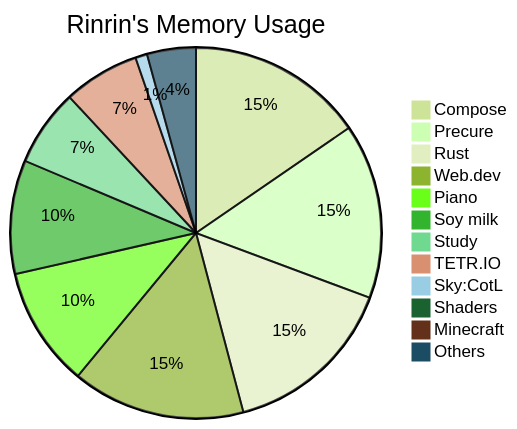
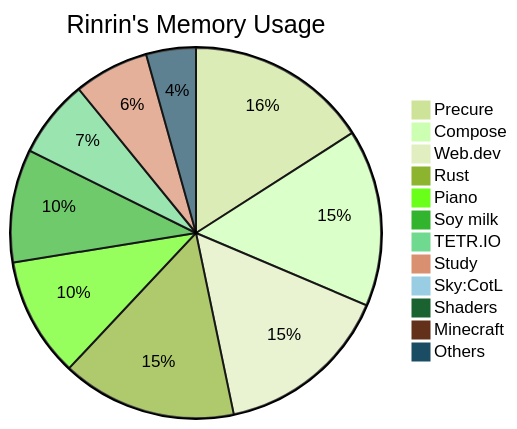
The diagram in README.md (Rinrin0413/Rinrin0413), drawn with Mermaid (forest theme) before and after one commit.

Commit message:
🛠 Update: Rinrin's Memory Usage

````diff
--- a/README.md
+++ b/README.md
@@ -77,15 +77,15 @@
 ```mermaid
 pie title Rinrin's Memory Usage
-    "Compose": 583
-    "Precure": 577
-    "Rust": 575
-    "Web.dev": 571
-    "Piano": 395
-    "Soy milk": 375
-    "Study": 254
-    "TETR.IO": 251
-    "Sky:CotL": 39
+    "Precure": 599
+    "Compose": 581
+    "Web.dev": 577
+    "Rust": 574
+    "Piano": 393
+    "Soy milk": 371
+    "TETR.IO": 256
+    "Study": 246
+    "Sky:CotL": 36
     "Shaders": 30
     "Minecraft": 30
-    "Others": 161
+    "Others": 163
 ```
````
